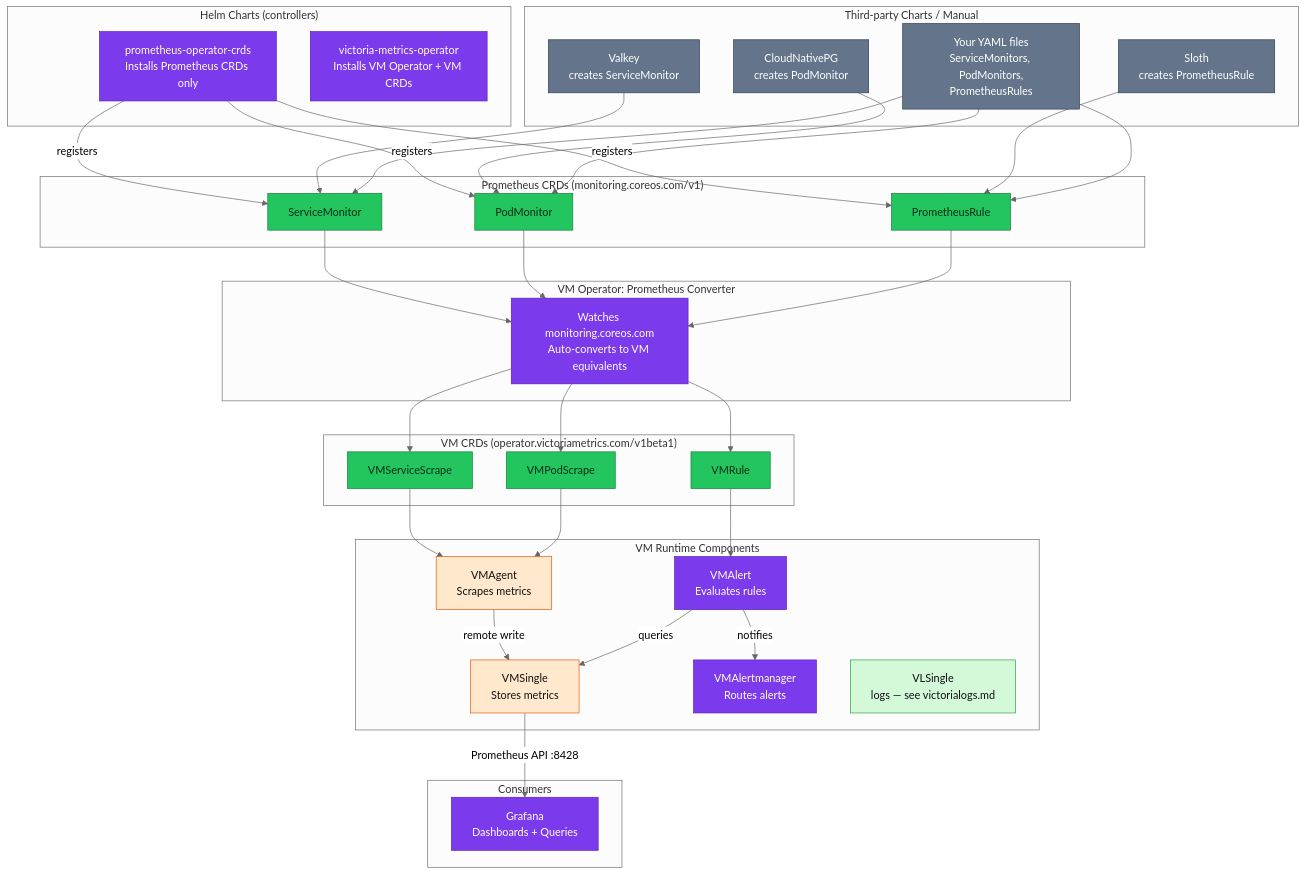
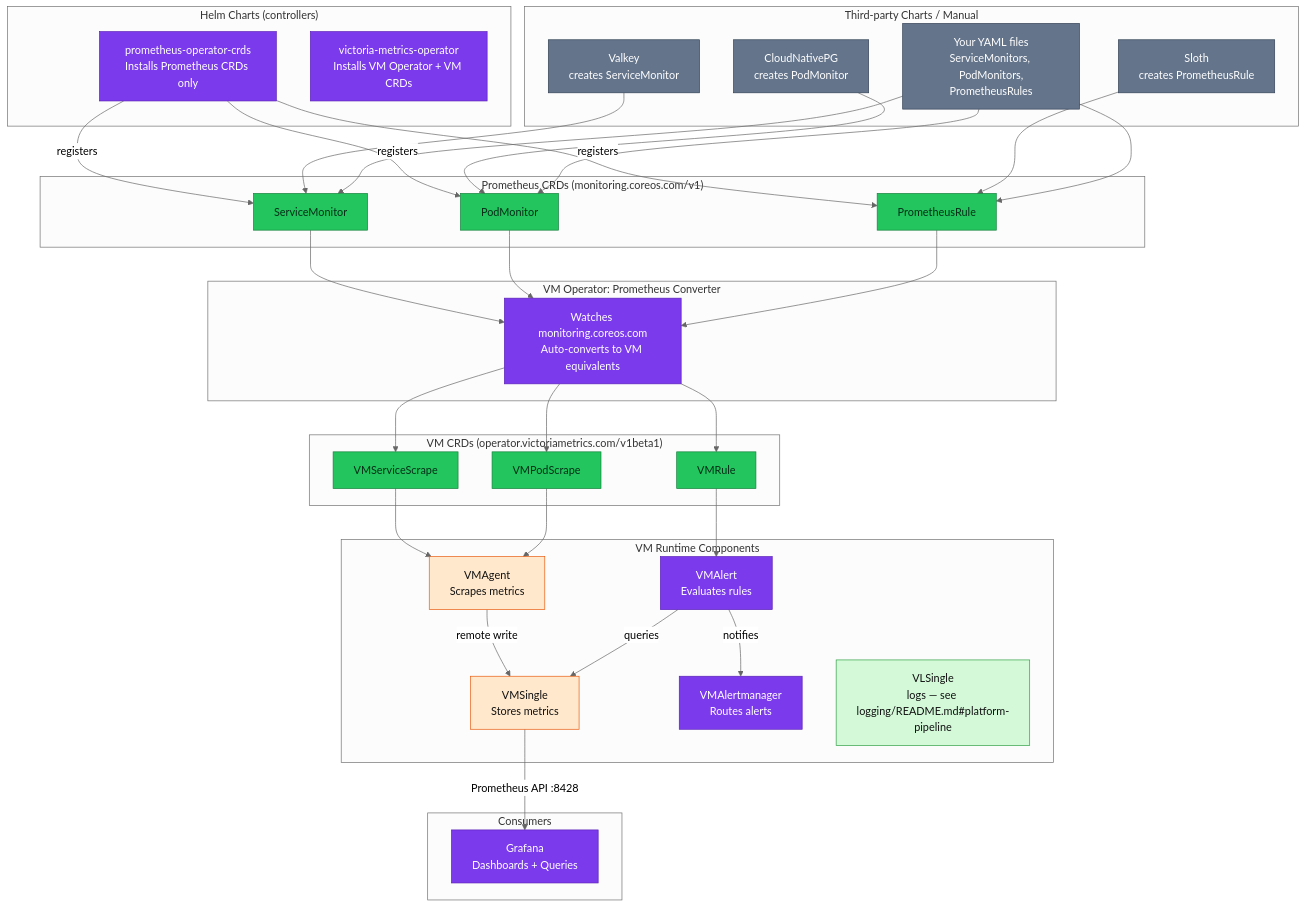
The first of 6 diagrams in docs/observability/metrics/victoriametrics.md (duynhlab/homelab), drawn with Mermaid (neutral theme) before and after one commit. The commit also changed other lines of this file and 46 other files, not shown here.

Commit message:
Split app contracts into docs/api and slim root README Move observability and caching norms to docs/api/*; add platform caching hub; dedupe observability logging; RFC/ADR quick-facts column; fix product cache invalidation drift; refactor README topology.

```diff
--- a/docs/observability/metrics/victoriametrics.md
+++ b/docs/observability/metrics/victoriametrics.md
@@ -62,7 +62,7 @@
         VMSingle["VMSingle<br/>Stores metrics"]
         VMAlert["VMAlert<br/>Evaluates rules"]
         VMAMgr["VMAlertmanager<br/>Routes alerts"]
-        VLSingle["VLSingle<br/>logs — see victorialogs.md"]
+        VLSingle["VLSingle<br/>logs — see logging/README.md#platform-pipeline"]
     end
 
     subgraph consumers ["Consumers"]
```
